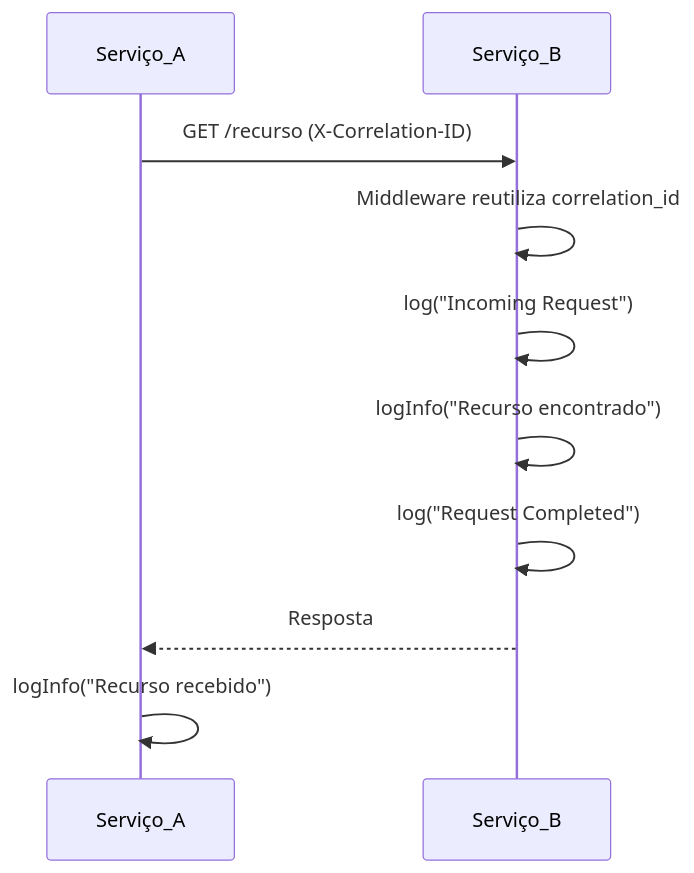
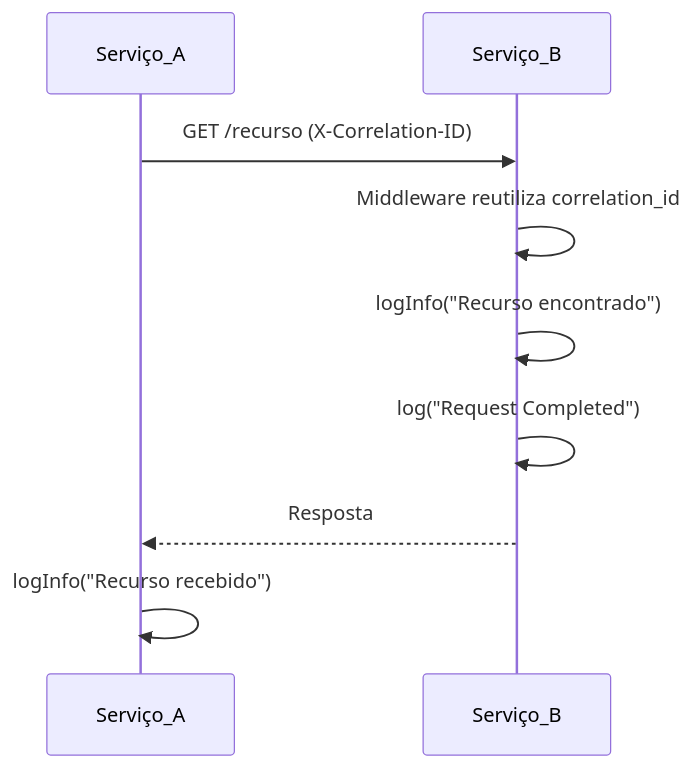
One commit to Fcsscoder/observability-lib changed the second of 2 diagrams in docs/usage.md. Above: the diagram before and after it, drawn with Mermaid. The commit also changed other lines of this file and 5 other files, not shown here.

````diff
--- a/docs/usage.md
+++ b/docs/usage.md
@@ -331,13 +332,12 @@
 ```mermaid
 sequenceDiagram
     participant Serviço_A
     participant Serviço_B
 
     Serviço_A->>Serviço_B: GET /recurso (X-Correlation-ID)
     Serviço_B->>Serviço_B: Middleware reutiliza correlation_id
-    Serviço_B->>Serviço_B: log("Incoming Request")
     Serviço_B->>Serviço_B: logInfo("Recurso encontrado")
     Serviço_B->>Serviço_B: log("Request Completed")
     Serviço_B-->>Serviço_A: Resposta
     Serviço_A->>Serviço_A: logInfo("Recurso recebido")
 ```
````
